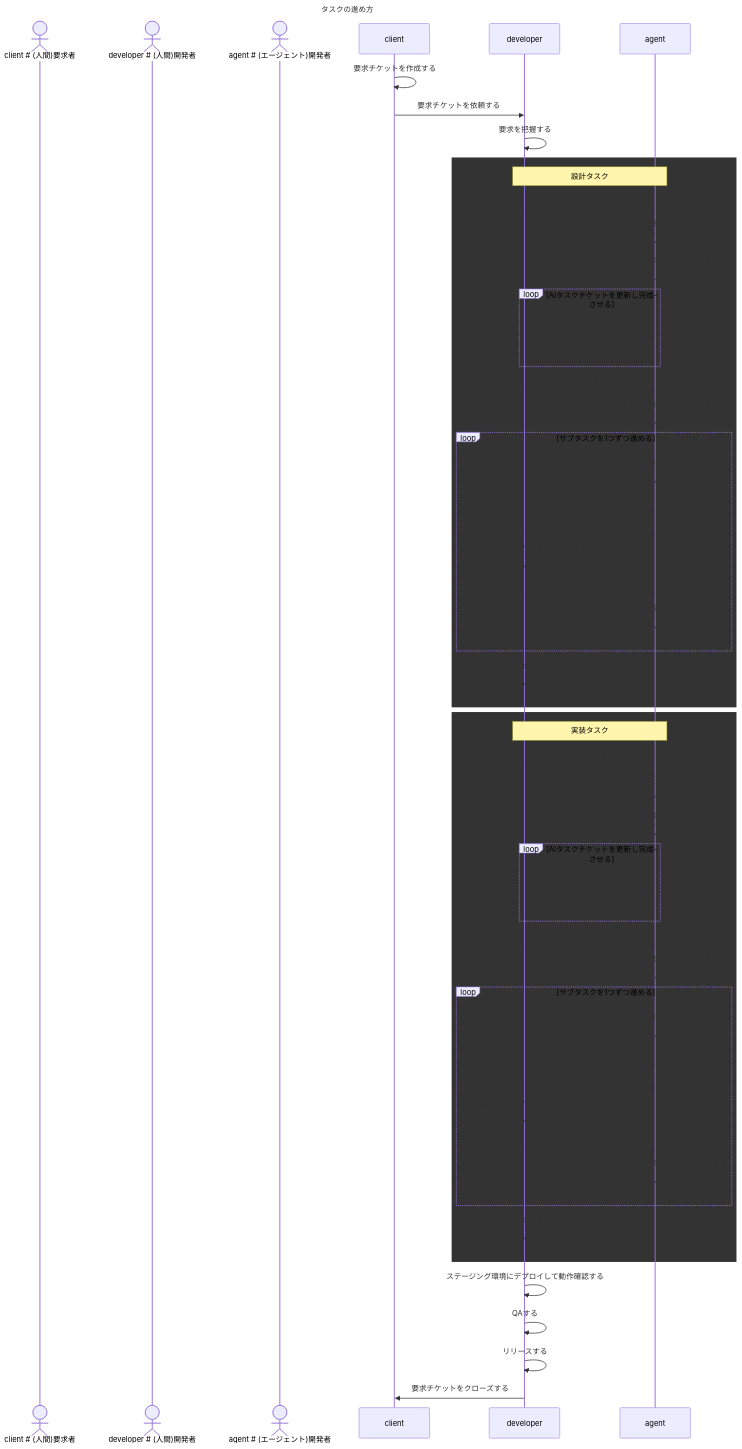
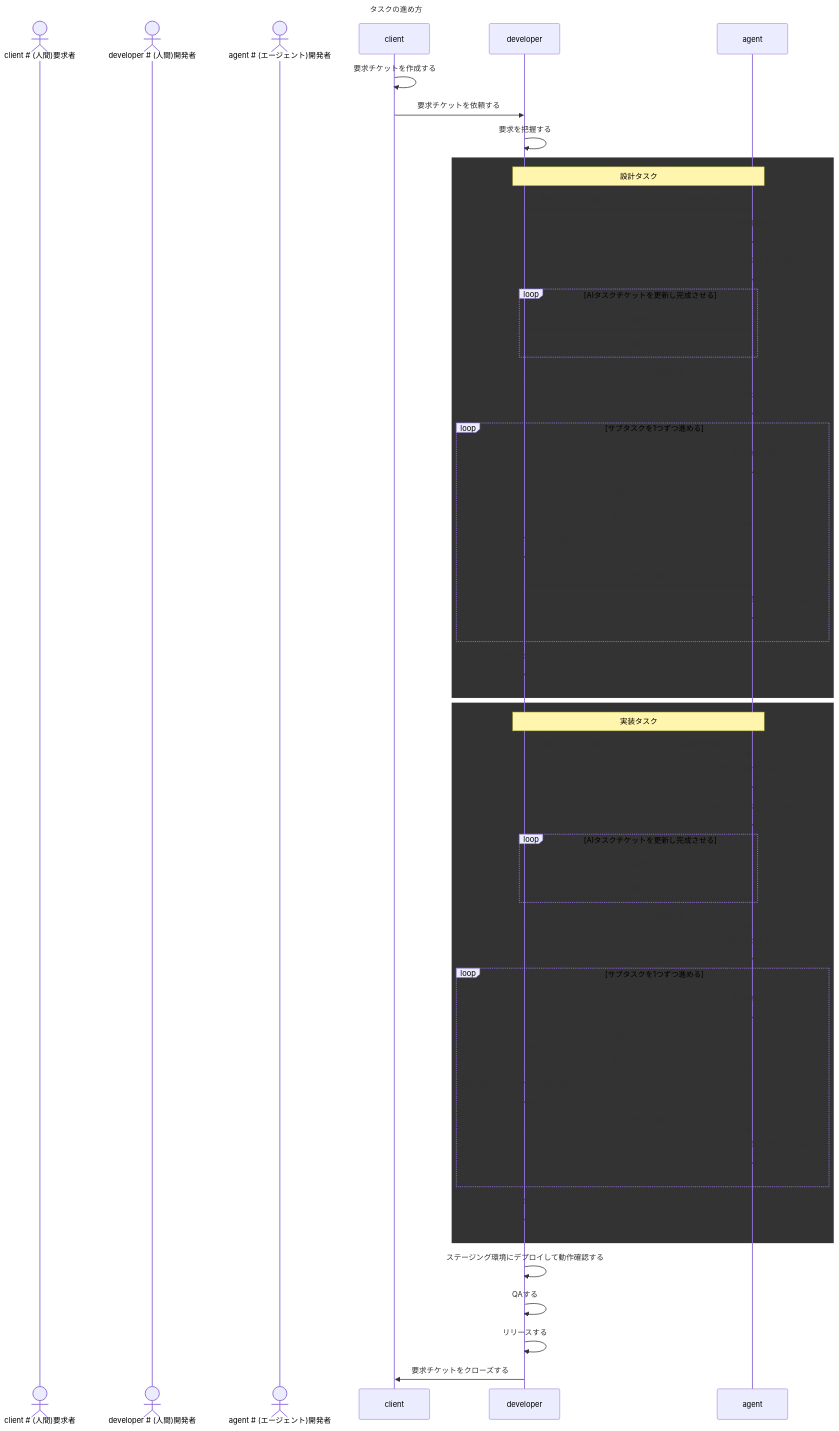
One commit to suzuito/playground2-go changed the diagram in AGENTS.md. Above: the diagram before and after it, drawn with Mermaid. The commit also changed other lines of this file, not shown here.

````diff
--- a/AGENTS.md
+++ b/AGENTS.md
@@ -82,66 +82,66 @@
 ```mermaid
 ---
 title: タスクの進め方
 ---
 sequenceDiagram
   actor client # (人間)要求者
   actor developer # (人間)開発者
   actor agent # (エージェント)開発者
 
   client->>client: 要求チケットを作成する
   client->>developer: 要求チケットを依頼する
   developer->>developer: 要求を把握する
 
   rect rgb(eee, eee, eee)
     Note over developer,agent: 設計タスク
-    developer->>agent: 要求チケットを依頼する
+    developer->>agent: 設計フェーズを進めるAIタスクチケットの作成を依頼する
     agent->>agent: 要求を把握する
     agent->>agent: 空のAIタスクチケットを作成する
     loop AIタスクチケットを更新し完成させる
       agent->>developer: 相談
       developer->>agent: 相談
     end
 
     developer->>agent: AIタスクチケットを依頼する
     agent->>agent: AIタスク環境をセットアップする
     loop サブタスクを1つずつ進める
       agent->>agent: 成果物の作成
       agent->>developer: 質問やレビュー
       developer->>agent: 質問やレビュー
       developer->>developer: 開発環境にデプロイして動作確認する
       developer->>agent: サブタスクの完了を通知する
       agent->>agent: サブタスクのステータスを完了へ更新する
     end
 
     developer->>developer: AIタスクチケットのレビュー
   end
 
   rect rgb(eee, eee, eee)
     Note over developer,agent: 実装タスク
-    developer->>agent: 実装を依頼する
+    developer->>agent: 実装フェーズを進めるAIタスクチケットの作成を依頼する
     agent->>agent: 要求と設計を把握する
     agent->>agent: 空のAIタスクチケットを作成する
     loop AIタスクチケットを更新し完成させる
       agent->>developer: 相談
       developer->>agent: 相談
     end
 
     developer->>agent: AIタスクチケットを依頼する
     agent->>agent: AIタスク環境をセットアップする
     loop サブタスクを1つずつ進める
       agent->>agent: 成果物の作成
       agent->>developer: 質問やレビュー
       developer->>agent: 質問やレビュー
       developer->>developer: 開発環境にデプロイして動作確認する
       developer->>agent: サブタスクの完了を通知する
       agent->>agent: サブタスクのステータスを完了へ更新する
     end
 
     developer->>developer: AIタスクチケットのレビュー
   end
 
   developer->>developer: ステージング環境にデプロイして動作確認する
   developer->>developer: QAする
   developer->>developer: リリースする
   developer->>client: 要求チケットをクローズする
 ```
````
